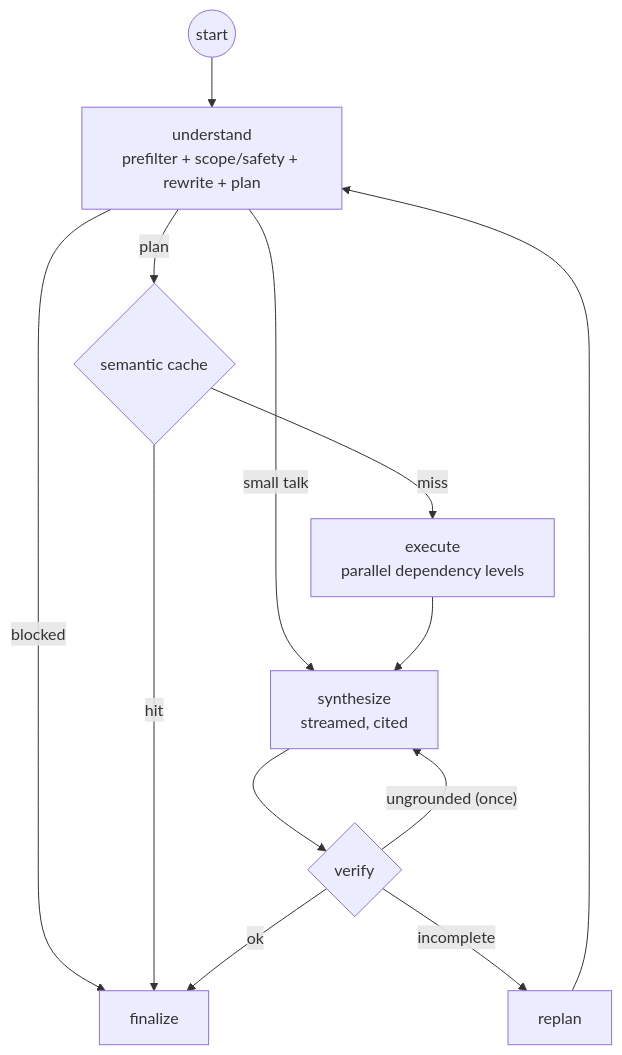
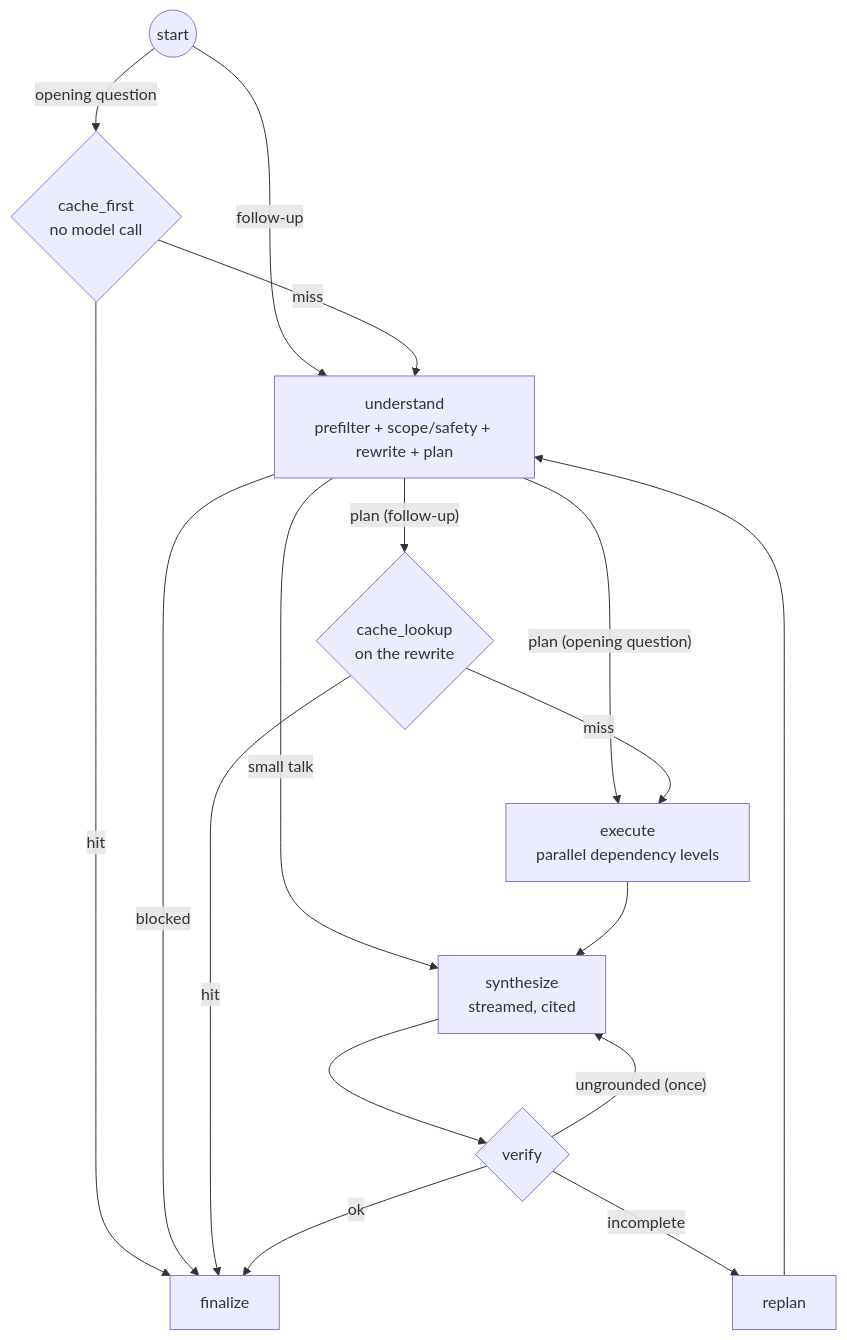
The second of 2 diagrams in README.md (syamsruthin/healthguard-agent), drawn with Mermaid before and after one commit. The commit also changed other lines of this file and 9 other files, not shown here.

First line of the commit message:
docs: current status, cache-first flow, spend guards, review outcomes

````diff
--- a/README.md
+++ b/README.md
@@ -114,14 +117,18 @@
 ```mermaid
 flowchart TD
-    S((start)) --> U["understand<br/>prefilter + scope/safety + rewrite + plan"]
+    S((start)) -- "opening question" --> CF{"cache_first<br/>no model call"}
+    S -- "follow-up" --> U
+    CF -- hit --> F
+    CF -- miss --> U["understand<br/>prefilter + scope/safety + rewrite + plan"]
     U -- "blocked" --> F
     U -- "small talk" --> SY
-    U -- "plan" --> C{"semantic cache"}
+    U -- "plan (opening question)" --> X
+    U -- "plan (follow-up)" --> C{"cache_lookup<br/>on the rewrite"}
     C -- hit --> F
     C -- miss --> X["execute<br/>parallel dependency levels"]
     X --> SY["synthesize<br/>streamed, cited"]
     SY --> V{"verify"}
     V -- "ungrounded (once)" --> SY
     V -- "incomplete" --> R["replan"] --> U
     V -- ok --> F["finalize"]
 ```
````
